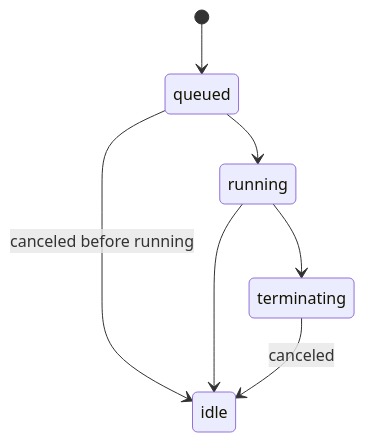
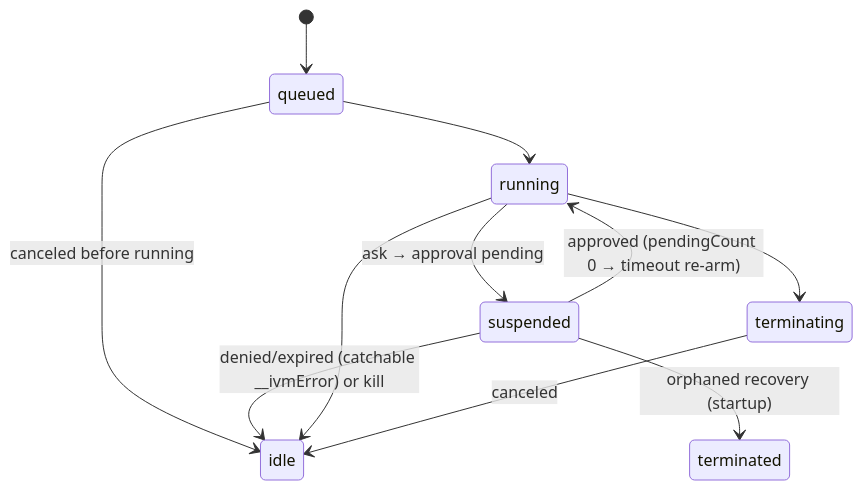
One commit to actelos/cyrnel changed the diagram in docs/cyrnel/module-specs/environment-execution.mdx. Above: the diagram before and after it, drawn with Mermaid. The commit also changed other lines of this file and 21 other files, not shown here.

````diff
--- a/docs/cyrnel/module-specs/environment-execution.mdx
+++ b/docs/cyrnel/module-specs/environment-execution.mdx
@@ -35,12 +35,17 @@
 ```mermaid
 stateDiagram-v2
     [*] --> queued
 
     queued --> running
     queued --> idle : canceled before running
 
+    running --> suspended : ask → approval pending
+    suspended --> running : approved (pendingCount 0 → timeout re-arm)
+    suspended --> idle : denied/expired (catchable __ivmError) or kill
+
     running --> idle
     running --> terminating
 
     terminating --> idle : canceled
+    suspended --> terminated : orphaned recovery (startup)
 ```
````
